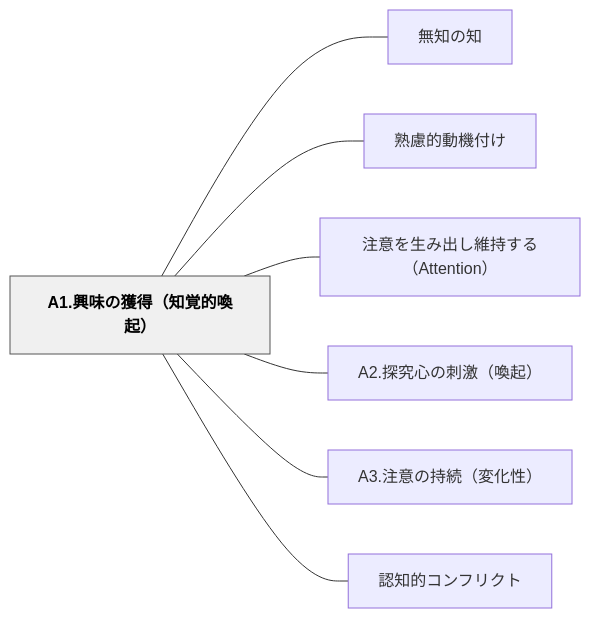
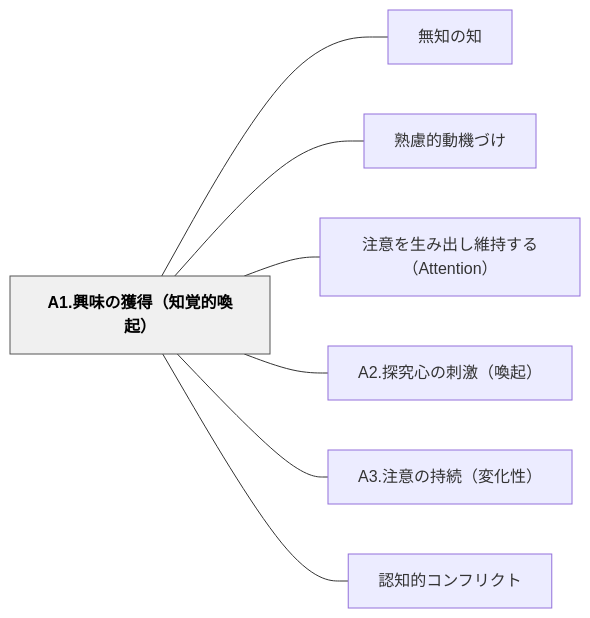
One commit to unknownthings-ed-patterns/unknownthings-ed-patterns changed the diagram in content/パタン/A1.興味の獲得（知覚的喚起）.md. Above: the diagram before and after it, drawn with Mermaid. The commit also changed other lines of this file and 234 other files, not shown here.

````diff
--- a/content/パタン/A1.興味の獲得（知覚的喚起）.md
+++ b/content/パタン/A1.興味の獲得（知覚的喚起）.md
@@ -37,20 +37,20 @@
 ```mermaid
 flowchart LR
     n41312ee88888e591b3e381aee78db2e5be97efbc88e79fa5e8a69ae79a84e5969ae8b5b7efbc89["A1.興味の獲得（知覚的喚起）"]
     ne784a1e79fa5e381aee79fa5["無知の知"]
-    ne7869fe685aee79a84e58b95e6a99fe4bb98e38191["熟慮的動機付け"]
+    ne7869fe685aee79a84e58b95e6a99fe381a5e38191["熟慮的動機づけ"]
     ne6b3a8e6848fe38292e7949fe381bfe587bae38197e7b6ade68c81e38199e3828befbc88417474656e74696f6eefbc89["注意を生み出し維持する（Attention）"]
     n41322ee68ea2e7a9b6e5bf83e381aee588bae6bf80efbc88e5969ae8b5b7efbc89["A2.探究心の刺激（喚起）"]
     n41332ee6b3a8e6848fe381aee68c81e7b69aefbc88e5a489e58c96e680a7efbc89["A3.注意の持続（変化性）"]
     ne8aa8de79fa5e79a84e382b3e383b3e38395e383aae382afe38388["認知的コンフリクト"]
 
     n41312ee88888e591b3e381aee78db2e5be97efbc88e79fa5e8a69ae79a84e5969ae8b5b7efbc89 --- ne784a1e79fa5e381aee79fa5
-    n41312ee88888e591b3e381aee78db2e5be97efbc88e79fa5e8a69ae79a84e5969ae8b5b7efbc89 --- ne7869fe685aee79a84e58b95e6a99fe4bb98e38191
+    n41312ee88888e591b3e381aee78db2e5be97efbc88e79fa5e8a69ae79a84e5969ae8b5b7efbc89 --- ne7869fe685aee79a84e58b95e6a99fe381a5e38191
     n41312ee88888e591b3e381aee78db2e5be97efbc88e79fa5e8a69ae79a84e5969ae8b5b7efbc89 --- ne6b3a8e6848fe38292e7949fe381bfe587bae38197e7b6ade68c81e38199e3828befbc88417474656e74696f6eefbc89
     n41312ee88888e591b3e381aee78db2e5be97efbc88e79fa5e8a69ae79a84e5969ae8b5b7efbc89 --- n41322ee68ea2e7a9b6e5bf83e381aee588bae6bf80efbc88e5969ae8b5b7efbc89
     n41312ee88888e591b3e381aee78db2e5be97efbc88e79fa5e8a69ae79a84e5969ae8b5b7efbc89 --- n41332ee6b3a8e6848fe381aee68c81e7b69aefbc88e5a489e58c96e680a7efbc89
     n41312ee88888e591b3e381aee78db2e5be97efbc88e79fa5e8a69ae79a84e5969ae8b5b7efbc89 --- ne8aa8de79fa5e79a84e382b3e383b3e38395e383aae382afe38388
 
     classDef hub fill:#f0f0f0,stroke:#555,color:#000,font-weight:bold
     class n41312ee88888e591b3e381aee78db2e5be97efbc88e79fa5e8a69ae79a84e5969ae8b5b7efbc89 hub
 ```
````
